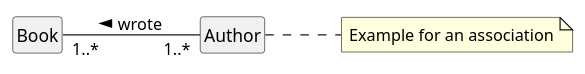
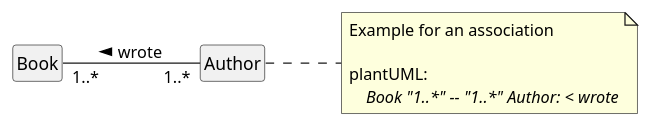
One commit to chraxo/UmlMarkdownCheatSheet changed diagram 14 of 33 in uml_markdown_summary.md. Above: the diagram before and after it, drawn with PlantUML. The commit also changed other lines of this file, not shown here.

```diff
--- a/uml_markdown_summary.md
+++ b/uml_markdown_summary.md
@@ -409,14 +409,17 @@
 @startuml
     skinparam classFontName Consolas
     skinparam classAttributeFontName Consolas
     skinparam noteFontName Consolas
 
     hide empty members
     left to right direction
     skinparam style strictuml
 
     Book "1..*" -- "1..*" Author: < wrote
     note right
         Example for an association
+        
+        plantUML:
+            //Book "1..*" -- "1..*" Author: < wrote//
     end note
 @enduml
```
